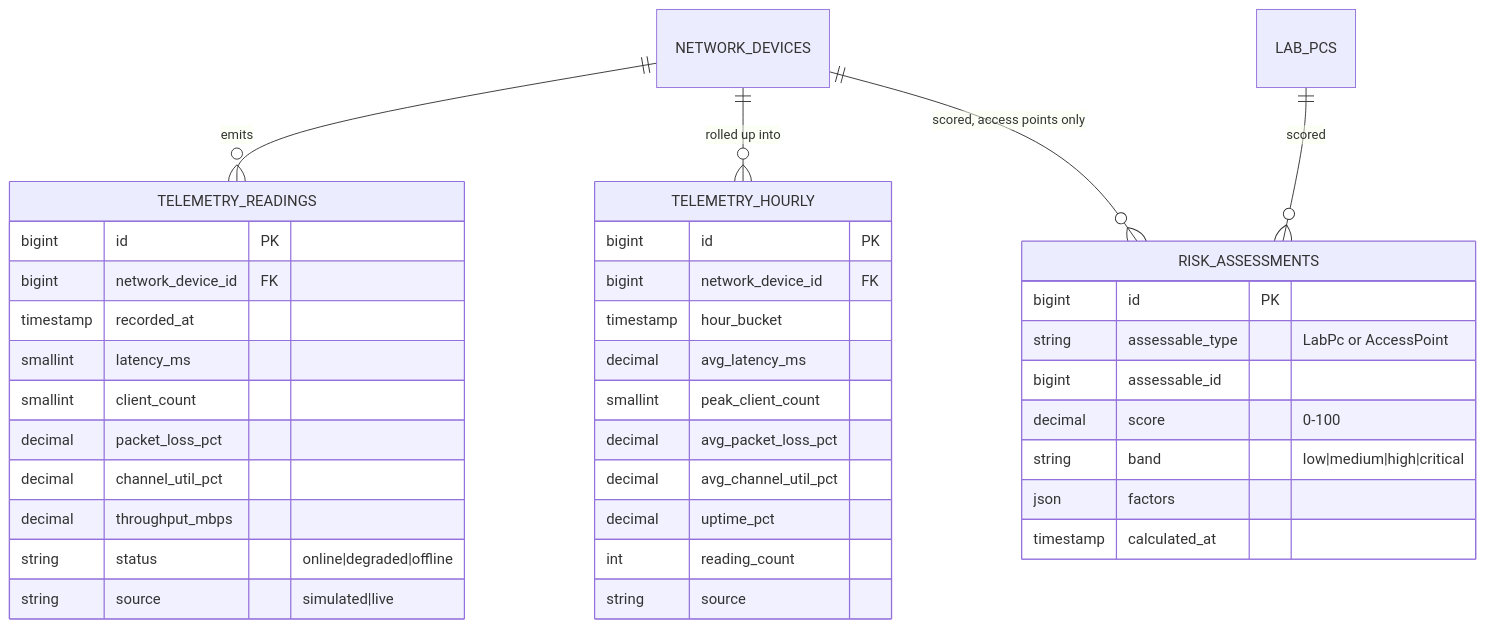
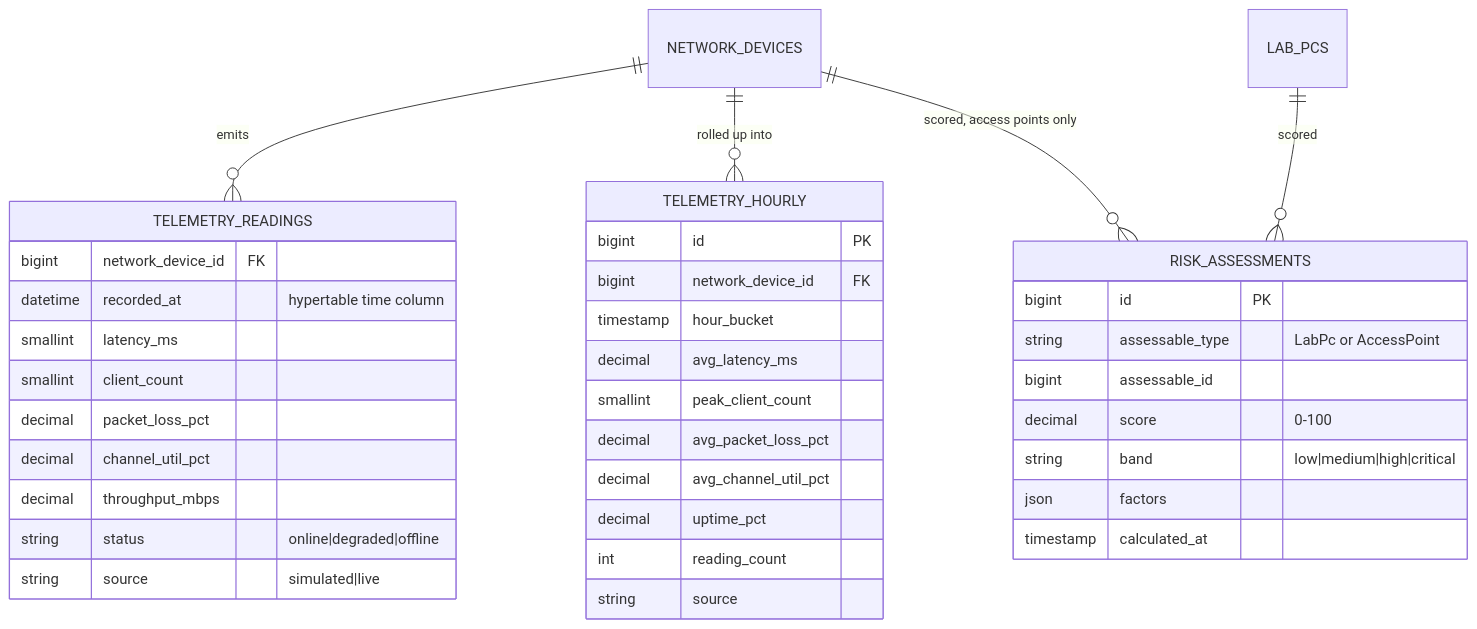
The third of 3 diagrams in docs/04-database.md (phone292025/atlas-netcare), drawn with Mermaid before and after one commit. The commit also changed other lines of this file and 8 other files, not shown here.

````diff
--- a/docs/04-database.md
+++ b/docs/04-database.md
@@ -272,41 +272,40 @@
 ```mermaid
 erDiagram
     NETWORK_DEVICES ||--o{ TELEMETRY_READINGS : emits
     NETWORK_DEVICES ||--o{ TELEMETRY_HOURLY : "rolled up into"
     NETWORK_DEVICES ||--o{ RISK_ASSESSMENTS : "scored, access points only"
     LAB_PCS ||--o{ RISK_ASSESSMENTS : scored
 
     TELEMETRY_READINGS {
-        bigint id PK
         bigint network_device_id FK
-        timestamp recorded_at
+        datetime recorded_at "hypertable time column"
         smallint latency_ms
         smallint client_count
         decimal packet_loss_pct
         decimal channel_util_pct
         decimal throughput_mbps
         string status "online|degraded|offline"
         string source "simulated|live"
     }
     TELEMETRY_HOURLY {
         bigint id PK
         bigint network_device_id FK
         timestamp hour_bucket
         decimal avg_latency_ms
         smallint peak_client_count
         decimal avg_packet_loss_pct
         decimal avg_channel_util_pct
         decimal uptime_pct
         int reading_count
         string source
     }
     RISK_ASSESSMENTS {
         bigint id PK
         string assessable_type "LabPc or AccessPoint"
         bigint assessable_id
         decimal score "0-100"
         string band "low|medium|high|critical"
         json factors
         timestamp calculated_at
     }
 ```
````
